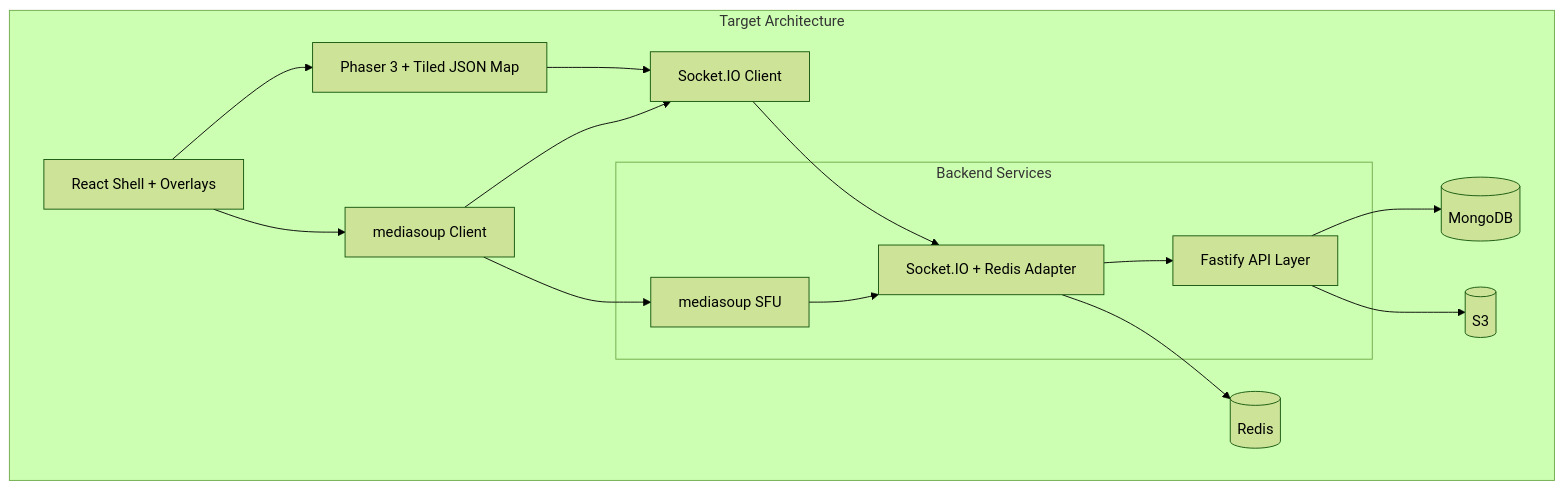
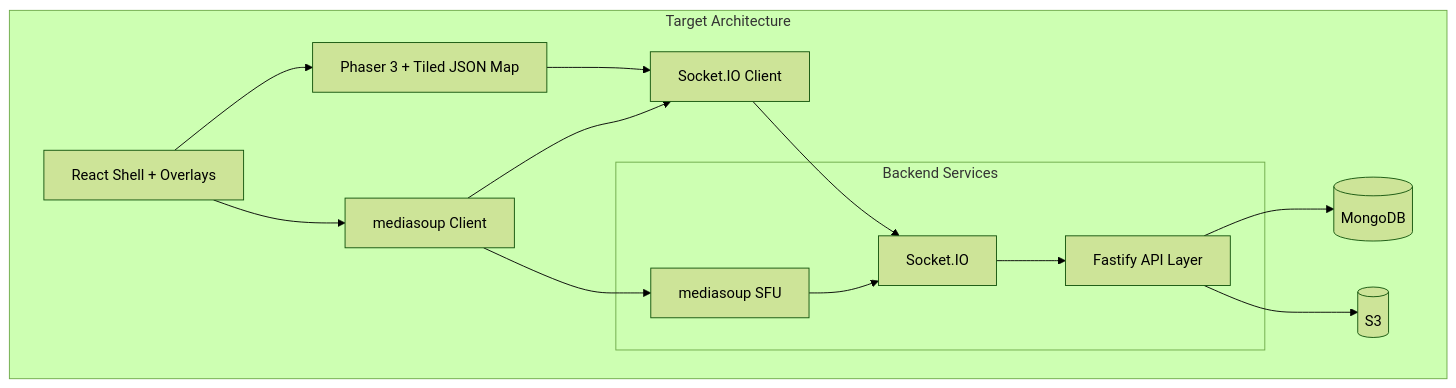
One commit to anand-shete/2D-Metaverse changed the second of 4 diagrams in docs/portfolio_architecture_overhaul_af7ab2ba.plan.md. Above: the diagram before and after it, drawn with Mermaid (forest theme). The commit also changed other lines of this file and 15 other files, not shown here.

````diff
--- a/docs/portfolio_architecture_overhaul_af7ab2ba.plan.md
+++ b/docs/portfolio_architecture_overhaul_af7ab2ba.plan.md
@@ -96,32 +92,30 @@
 ```mermaid
 flowchart TB
   subgraph target [Target Architecture]
     ReactUI[React Shell + Overlays]
     Phaser[Phaser 3 + Tiled JSON Map]
     SFUClient[mediasoup Client]
     SocketClient[Socket.IO Client]
 
     ReactUI --> Phaser
     ReactUI --> SFUClient
     Phaser --> SocketClient
     SFUClient --> SocketClient
 
     subgraph backend [Backend Services]
       API[Fastify API Layer]
-      WS[Socket.IO + Redis Adapter]
+      WS[Socket.IO]
       SFUServer[mediasoup SFU]
     end
 
-    Redis[(Redis)]
     Mongo[(MongoDB)]
     S3[(S3)]
 
     SocketClient --> WS
     SFUClient --> SFUServer
-    WS --> Redis
     WS --> API
     SFUServer --> WS
     API --> Mongo
     API --> S3
   end
 ```
````
